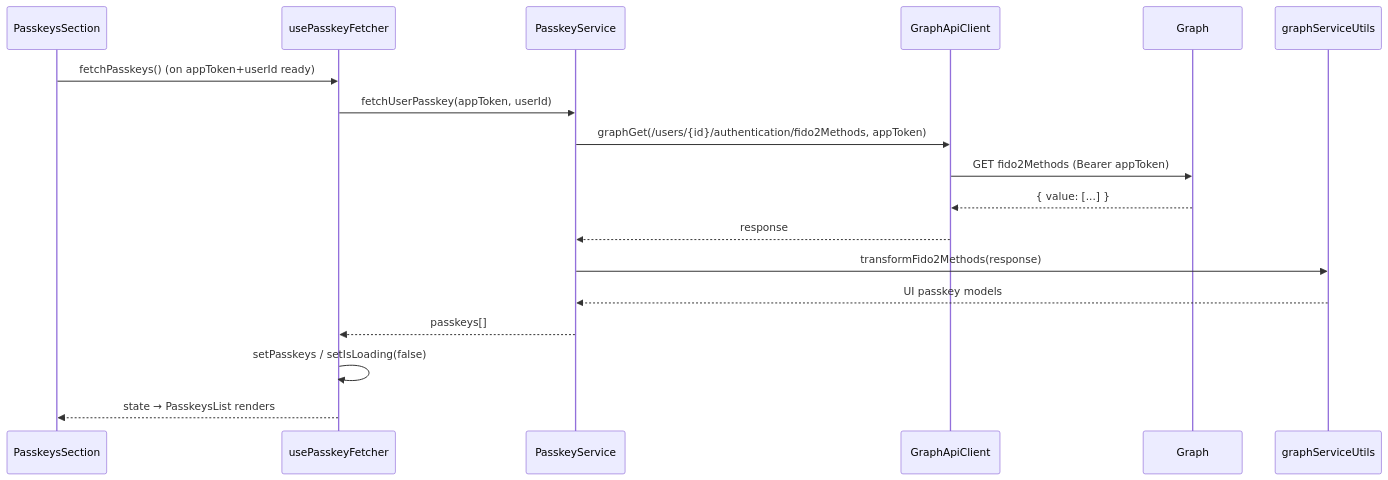
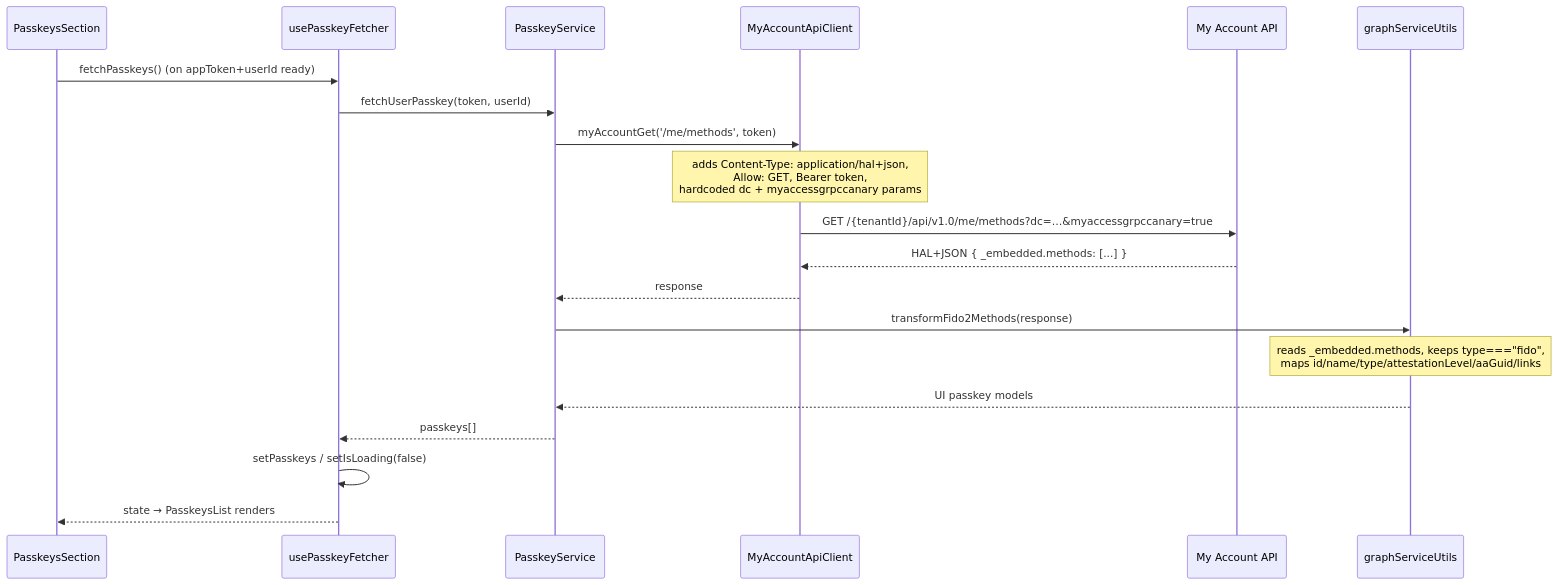
The third of 7 diagrams in passkey-sample/docs/DATA-FLOWS.md (Azure-Samples/ms-identity-ciam-native-javascript-samples), drawn with Mermaid before and after one commit. The commit also changed other lines of this file and 6 other files, not shown here.

````diff
--- a/passkey-sample/docs/DATA-FLOWS.md
+++ b/passkey-sample/docs/DATA-FLOWS.md
@@ -99,21 +99,23 @@
 ```mermaid
 sequenceDiagram
     participant PSec as PasskeysSection
     participant Fetch as usePasskeyFetcher
     participant Svc as PasskeyService
-    participant GC as GraphApiClient
-    participant Graph
+    participant MA as MyAccountApiClient
+    participant MyAcct as My Account API
     participant GSU as graphServiceUtils
 
     PSec->>Fetch: fetchPasskeys()  (on appToken+userId ready)
-    Fetch->>Svc: fetchUserPasskey(appToken, userId)
-    Svc->>GC: graphGet(/users/{id}/authentication/fido2Methods, appToken)
-    GC->>Graph: GET fido2Methods (Bearer appToken)
-    Graph-->>GC: { value: [...] }
-    GC-->>Svc: response
+    Fetch->>Svc: fetchUserPasskey(token, userId)
+    Svc->>MA: myAccountGet('/me/methods', token)
+    Note over MA: adds Content-Type: application/hal+json,<br/>Allow: GET, Bearer token,<br/>hardcoded dc + myaccessgrpccanary params
+    MA->>MyAcct: GET /{tenantId}/api/v1.0/me/methods?dc=…&myaccessgrpccanary=true
+    MyAcct-->>MA: HAL+JSON { _embedded.methods: [...] }
+    MA-->>Svc: response
     Svc->>GSU: transformFido2Methods(response)
+    Note over GSU: reads _embedded.methods, keeps type==="fido",<br/>maps id/name/type/attestationLevel/aaGuid/links
     GSU-->>Svc: UI passkey models
     Svc-->>Fetch: passkeys[]
     Fetch->>Fetch: setPasskeys / setIsLoading(false)
     Fetch-->>PSec: state → PasskeysList renders
 ```
````
